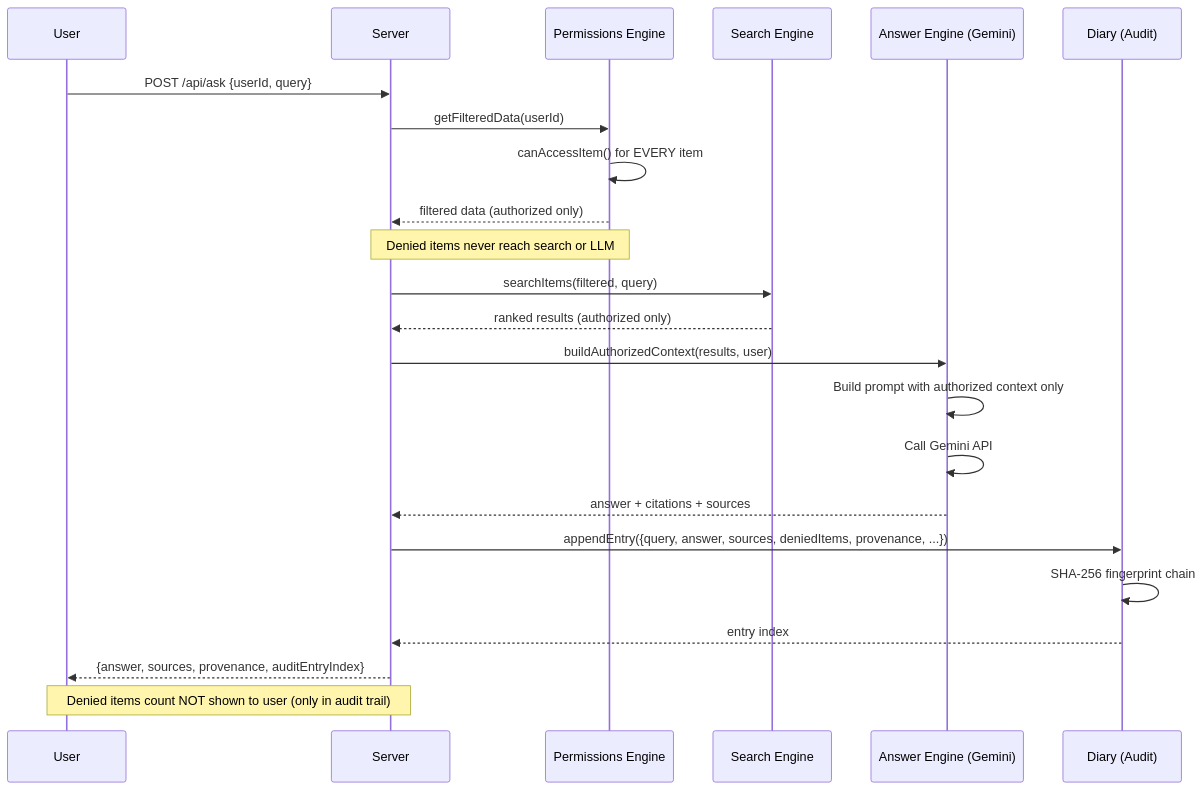
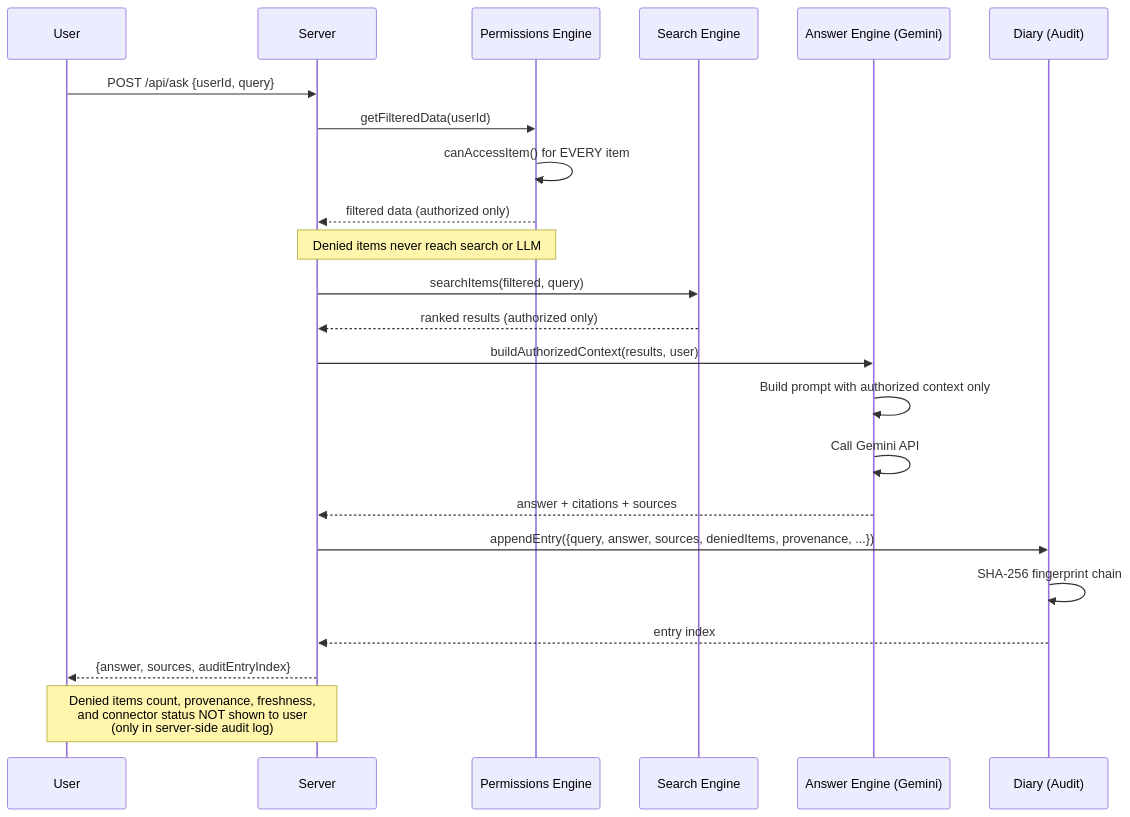
Before and after one commit to carolyns03/smart-assistant: the second of 5 diagrams in ARCHITECTURE.md, drawn with Mermaid. The commit also changed other lines of this file and 11 other files, not shown here.

First line of the commit message:
Hide connector status/provenance/freshness from UI, S4 live data dropdown, S2 timing fix, doc updates

````diff
--- a/ARCHITECTURE.md
+++ b/ARCHITECTURE.md
@@ -83,30 +83,30 @@
 ```mermaid
 sequenceDiagram
     participant U as User
     participant S as Server
     participant P as Permissions Engine
     participant SE as Search Engine
     participant AE as Answer Engine (Gemini)
     participant D as Diary (Audit)
 
     U->>S: POST /api/ask {userId, query}
     S->>P: getFilteredData(userId)
     P->>P: canAccessItem() for EVERY item
     P-->>S: filtered data (authorized only)
     Note over P,S: Denied items never reach search or LLM
     
     S->>SE: searchItems(filtered, query)
     SE-->>S: ranked results (authorized only)
     
     S->>AE: buildAuthorizedContext(results, user)
     AE->>AE: Build prompt with authorized context only
     AE->>AE: Call Gemini API
     AE-->>S: answer + citations + sources
     
     S->>D: appendEntry({query, answer, sources, deniedItems, provenance, ...})
     D->>D: SHA-256 fingerprint chain
     D-->>S: entry index
     
-    S-->>U: {answer, sources, provenance, auditEntryIndex}
-    Note over S,U: Denied items count NOT shown to user (only in audit trail)
+    S-->>U: {answer, sources, auditEntryIndex}
+    Note over S,U: Denied items count, provenance, freshness,<br/>and connector status NOT shown to user<br/>(only in server-side audit log)
 ```
````
